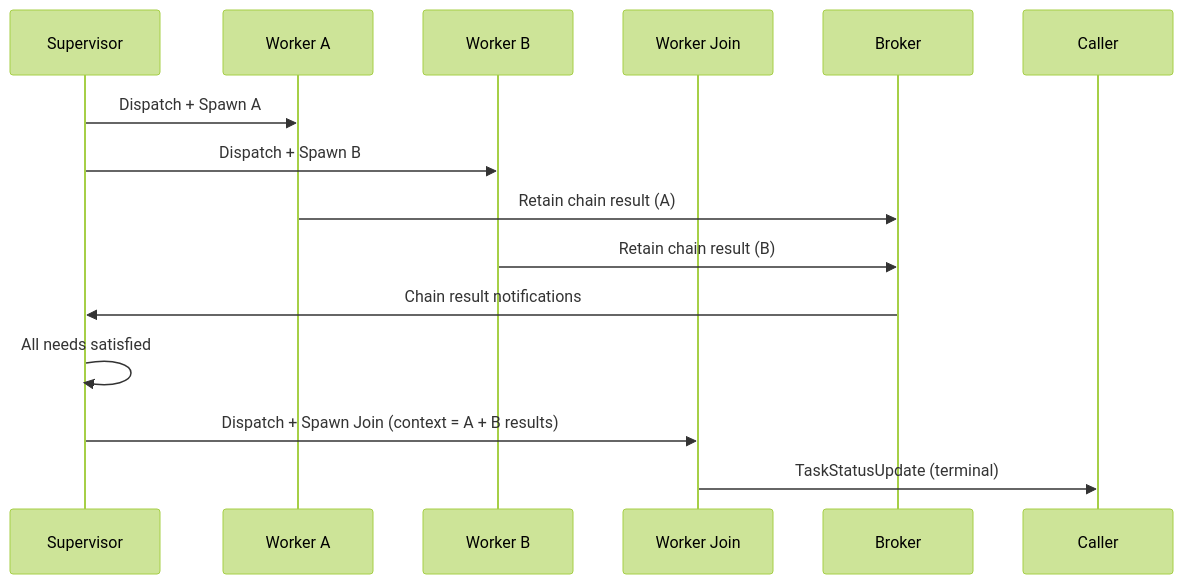
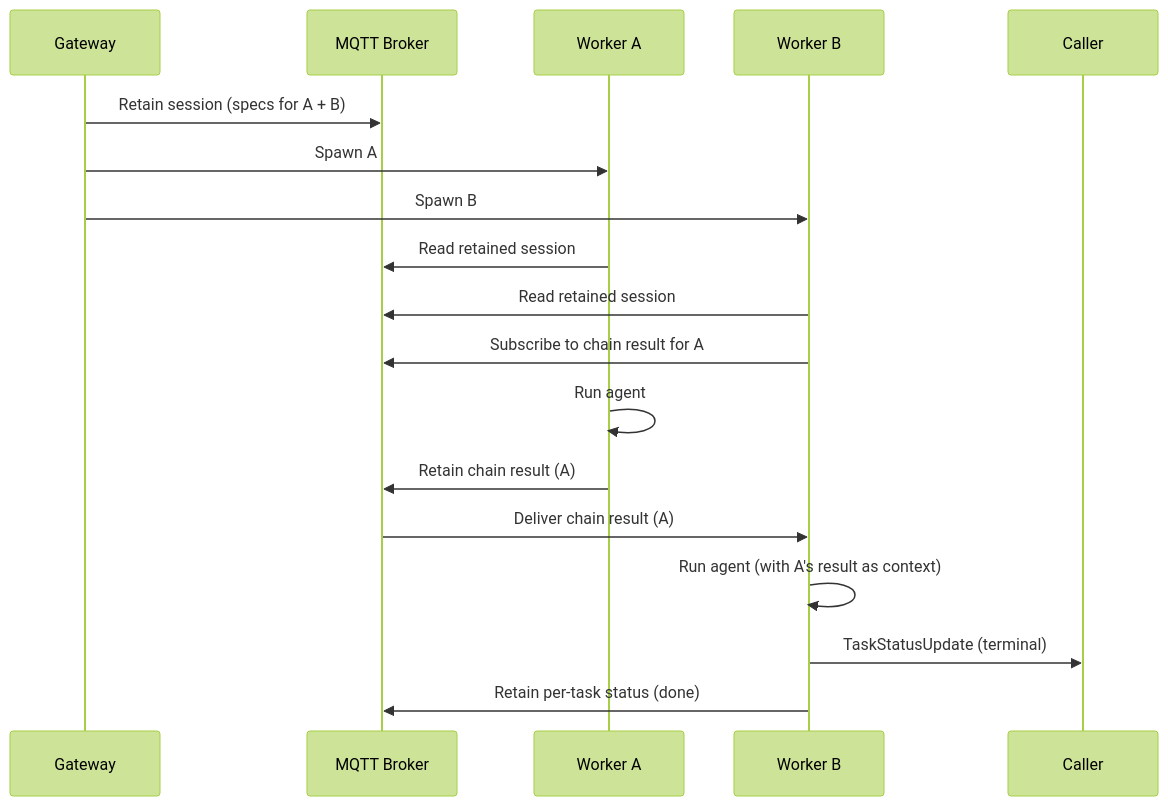
Before and after one commit to id/skitter: the second of 3 diagrams in docs/architecture.md, drawn with Mermaid (forest theme). The commit also changed other lines of this file and 28 other files, not shown here.

````diff
--- a/docs/architecture.md
+++ b/docs/architecture.md
@@ -64,16 +64,20 @@
 ```mermaid
 sequenceDiagram
-    participant S as Supervisor
+    participant G as Gateway
+    participant B as MQTT Broker
     participant W1 as Worker A
     participant W2 as Worker B
-    participant WJ as Worker Join
 
-    S->>W1: Dispatch + Spawn A
-    S->>W2: Dispatch + Spawn B
-    W1->>Broker: Retain chain result (A)
-    W2->>Broker: Retain chain result (B)
-    Broker->>S: Chain result notifications
-    S->>S: All needs satisfied
-    S->>WJ: Dispatch + Spawn Join (context = A + B results)
-    WJ->>Caller: TaskStatusUpdate (terminal)
+    G->>B: Retain session (specs for A + B)
+    G->>W1: Spawn A
+    G->>W2: Spawn B
+    W1->>B: Read retained session
+    W2->>B: Read retained session
+    W2->>B: Subscribe to chain result for A
+    W1->>W1: Run agent
+    W1->>B: Retain chain result (A)
+    B->>W2: Deliver chain result (A)
+    W2->>W2: Run agent (with A's result as context)
+    W2->>Caller: TaskStatusUpdate (terminal)
+    W2->>B: Retain per-task status (done)
 ```
````
